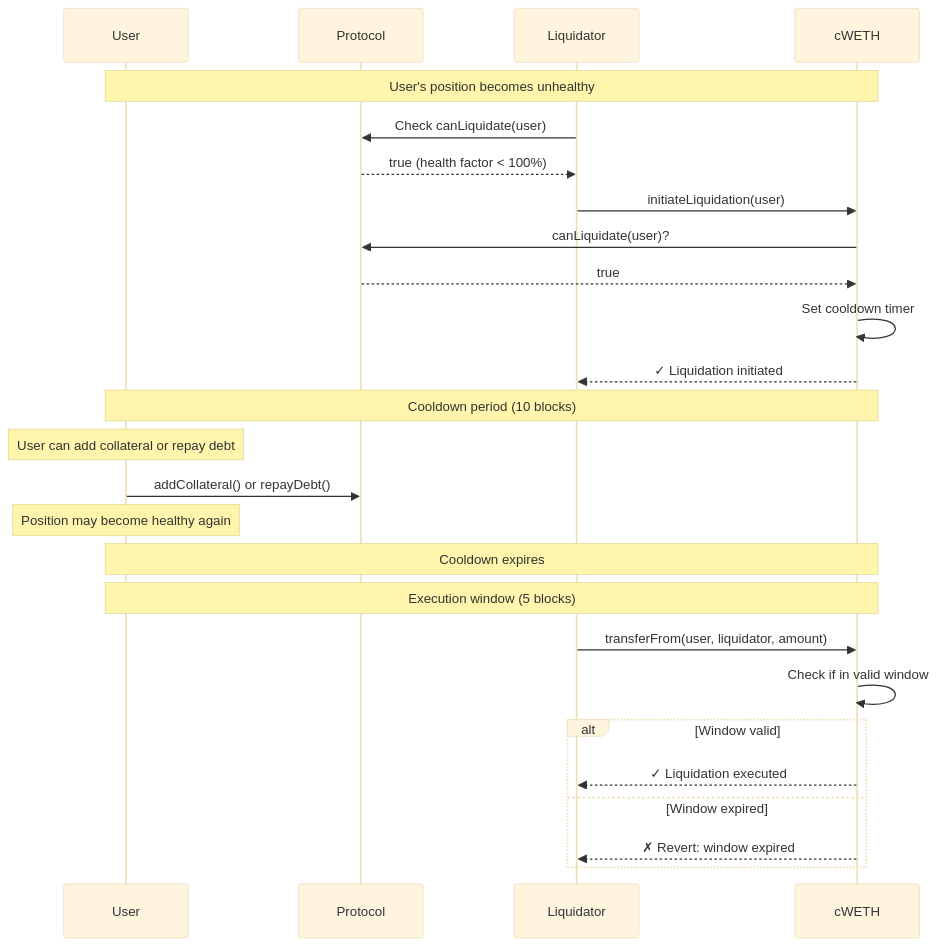
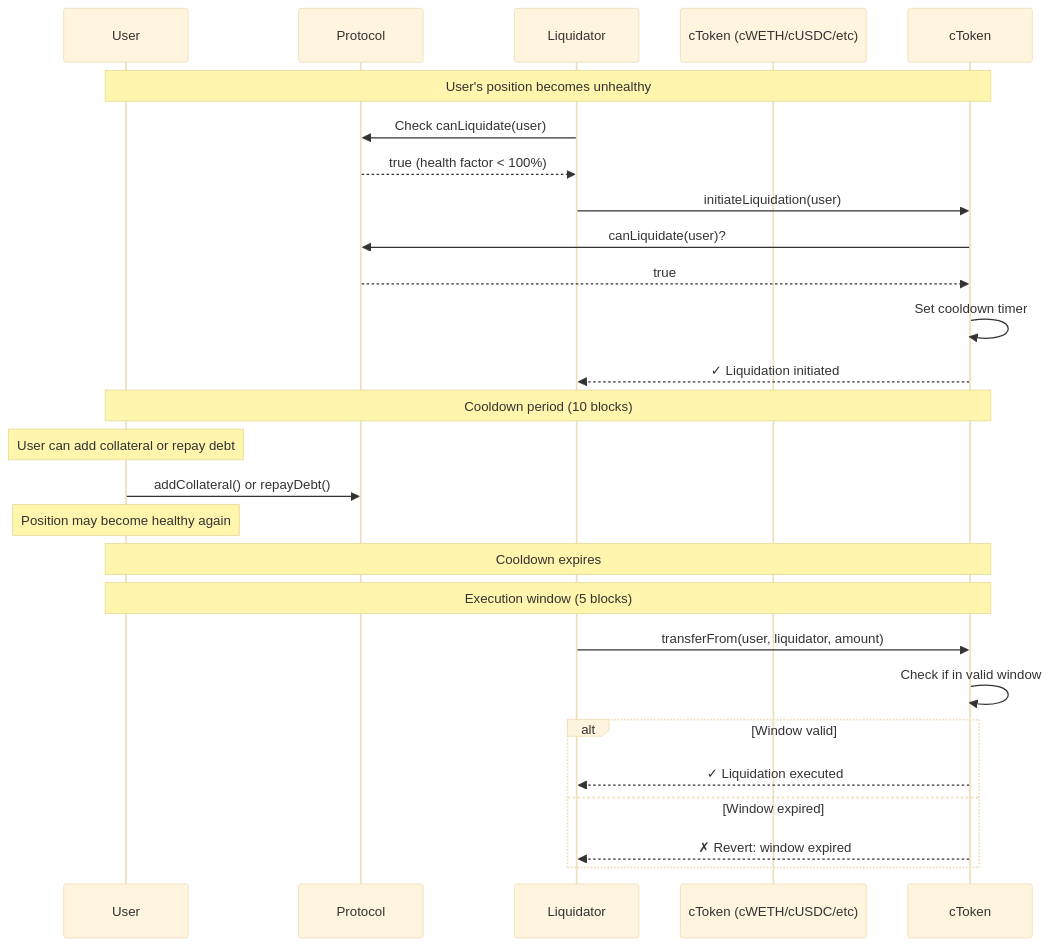
One commit to jordan-public/circuit-breaker-token changed the first of 3 diagrams in README.md. Above: the diagram before and after it, drawn with Mermaid (base theme). The commit also changed other lines of this file and 5 other files, not shown here.

````diff
--- a/README.md
+++ b/README.md
@@ -122,35 +124,35 @@
 ```mermaid
 sequenceDiagram
     participant User
     participant Protocol
     participant Liquidator
-    participant cWETH
+    participant CircuitBreakerToken as cToken (cWETH/cUSDC/etc)
 
-    Note over User,cWETH: User's position becomes unhealthy
+    Note over User,cToken: User's position becomes unhealthy
     
     Liquidator->>Protocol: Check canLiquidate(user)
     Protocol-->>Liquidator: true (health factor < 100%)
     
-    Liquidator->>cWETH: initiateLiquidation(user)
-    cWETH->>Protocol: canLiquidate(user)?
-    Protocol-->>cWETH: true
-    cWETH->>cWETH: Set cooldown timer
-    cWETH-->>Liquidator: ✓ Liquidation initiated
+    Liquidator->>cToken: initiateLiquidation(user)
+    cToken->>Protocol: canLiquidate(user)?
+    Protocol-->>cToken: true
+    cToken->>cToken: Set cooldown timer
+    cToken-->>Liquidator: ✓ Liquidation initiated
     
-    Note over User,cWETH: Cooldown period (10 blocks)
+    Note over User,cToken: Cooldown period (10 blocks)
     Note over User: User can add collateral or repay debt
     
     User->>Protocol: addCollateral() or repayDebt()
     Note over User: Position may become healthy again
     
-    Note over User,cWETH: Cooldown expires
-    Note over User,cWETH: Execution window (5 blocks)
+    Note over User,cToken: Cooldown expires
+    Note over User,cToken: Execution window (5 blocks)
     
-    Liquidator->>cWETH: transferFrom(user, liquidator, amount)
-    cWETH->>cWETH: Check if in valid window
+    Liquidator->>cToken: transferFrom(user, liquidator, amount)
+    cToken->>cToken: Check if in valid window
     alt Window valid
-        cWETH-->>Liquidator: ✓ Liquidation executed
+        cToken-->>Liquidator: ✓ Liquidation executed
     else Window expired
-        cWETH-->>Liquidator: ✗ Revert: window expired
+        cToken-->>Liquidator: ✗ Revert: window expired
     end
 ```
````
